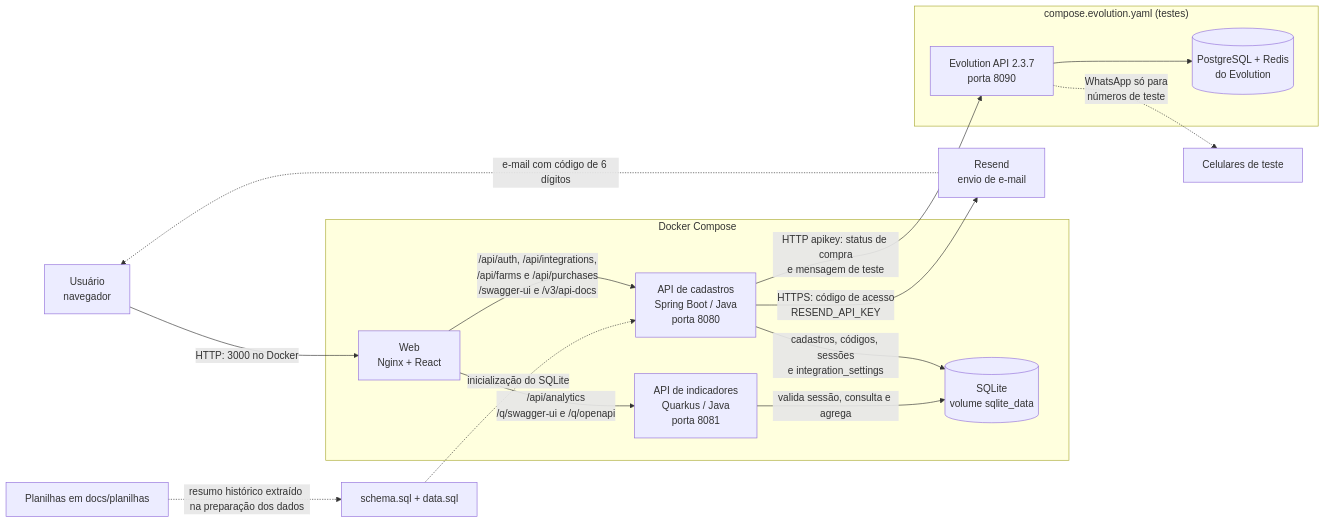
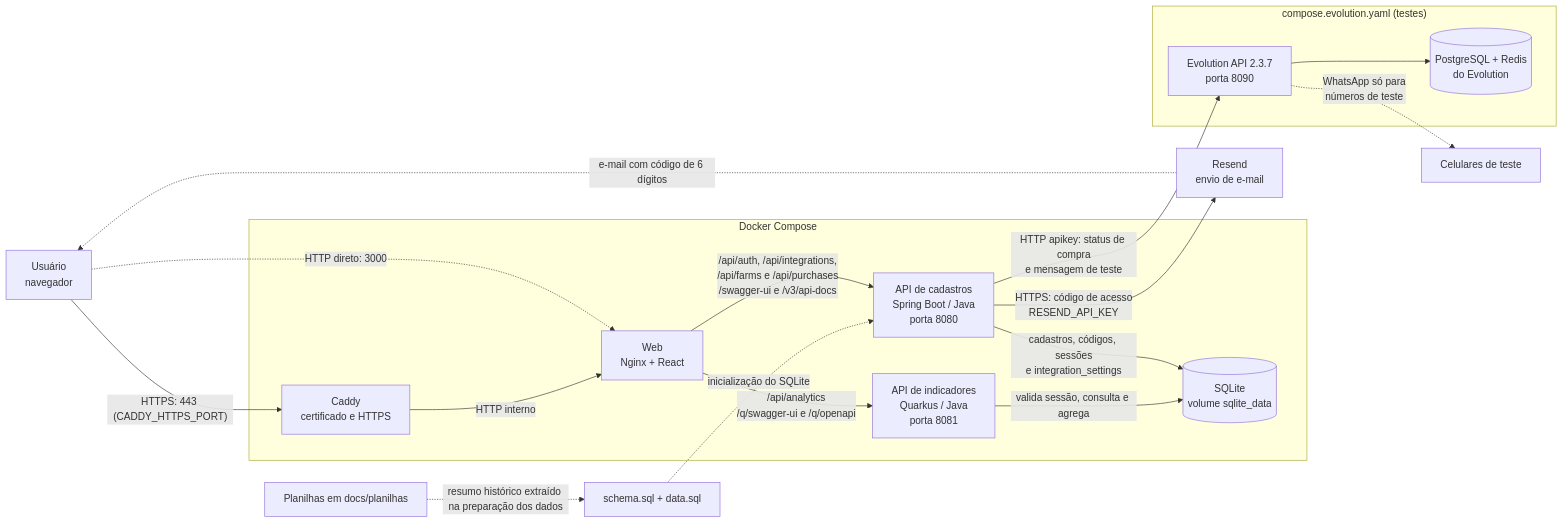
The first of 2 diagrams in docs/DIAGRAMAS_ARQUITETURA_SEQUENCIA.md (silvagiuliano/intergado), drawn with Mermaid before and after one commit. The commit also changed other lines of this file and 8 other files, not shown here.

First line of the commit message:
feat: add Caddy HTTPS reverse proxy and WhatsApp sequence diagram

````diff
--- a/docs/DIAGRAMAS_ARQUITETURA_SEQUENCIA.md
+++ b/docs/DIAGRAMAS_ARQUITETURA_SEQUENCIA.md
@@ -9,31 +9,34 @@
 ```mermaid
 flowchart LR
-    U["Usuário<br/>navegador"] -->|HTTP: 3000 no Docker| W
+    U["Usuário<br/>navegador"] -->|"HTTPS: 443 (CADDY_HTTPS_PORT)"| CAD
+    U -.->|"HTTP direto: 3000"| W
 
     subgraph Compose["Docker Compose"]
+        CAD["Caddy<br/>certificado e HTTPS"]
         W["Web<br/>Nginx + React"]
+        CAD -->|"HTTP interno"| W
         P["API de cadastros<br/>Spring Boot / Java<br/>porta 8080"]
         A["API de indicadores<br/>Quarkus / Java<br/>porta 8081"]
         DB[("SQLite<br/>volume sqlite_data")]
 
         W -->|"/api/auth, /api/integrations,<br/>/api/farms e /api/purchases<br/>/swagger-ui e /v3/api-docs"| P
         W -->|"/api/analytics<br/>/q/swagger-ui e /q/openapi"| A
         P -->|"cadastros, códigos, sessões<br/>e integration_settings"| DB
         A -->|"valida sessão, consulta e agrega"| DB
     end
 
     P -->|"HTTPS: código de acesso<br/>RESEND_API_KEY"| R["Resend<br/>envio de e-mail"]
     R -.->|"e-mail com código de 6 dígitos"| U
 
     subgraph Evo["compose.evolution.yaml (testes)"]
         EV["Evolution API 2.3.7<br/>porta 8090"]
         EVDB[("PostgreSQL + Redis<br/>do Evolution")]
         EV --> EVDB
     end
 
     P -->|"HTTP apikey: status de compra<br/>e mensagem de teste"| EV
     EV -.->|"WhatsApp só para<br/>números de teste"| WA["Celulares de teste"]
 
     XLSX["Planilhas em docs/planilhas"] -.->|"resumo histórico extraído na preparação dos dados"| SEED["schema.sql + data.sql"]
     SEED -.->|"inicialização do SQLite"| P
 ```
````
